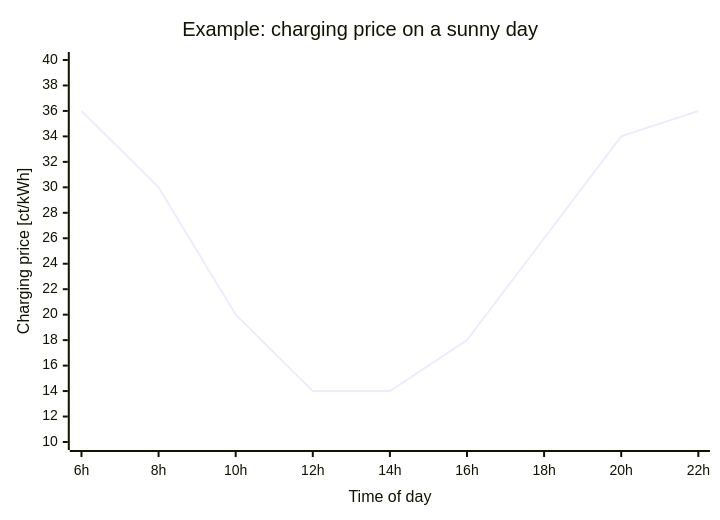
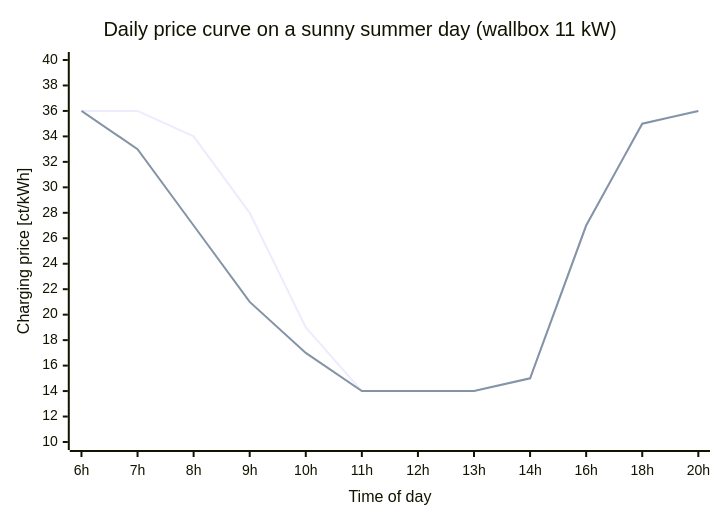
One commit to bernd780/Nachbarschaft-Laden changed the fourth of 4 diagrams in README.md. Above: the diagram before and after it, drawn with Mermaid. The commit also changed other lines of this file, not shown here.

First line of the commit message:
docs: Tagesverlauf-Chart mit Akkulade-Effekt, Wallbox auf 11 kW korrigiert

````diff
--- a/README.md
+++ b/README.md
@@ -518,7 +524,8 @@
 ```mermaid
 xychart-beta
-    title "Example: charging price on a sunny day"
-    x-axis "Time of day" ["6h", "8h", "10h", "12h", "14h", "16h", "18h", "20h", "22h"]
+    title "Daily price curve on a sunny summer day (wallbox 11 kW)"
+    x-axis "Time of day" ["6h", "7h", "8h", "9h", "10h", "11h", "12h", "13h", "14h", "16h", "18h", "20h"]
     y-axis "Charging price [ct/kWh]" 10 --> 40
-    line [36, 30, 20, 14, 14, 18, 26, 34, 36]
+    line [36, 36, 34, 28, 19, 14, 14, 14, 15, 27, 35, 36]
+    line [36, 33, 27, 21, 17, 14, 14, 14, 15, 27, 35, 36]
 ```
````
